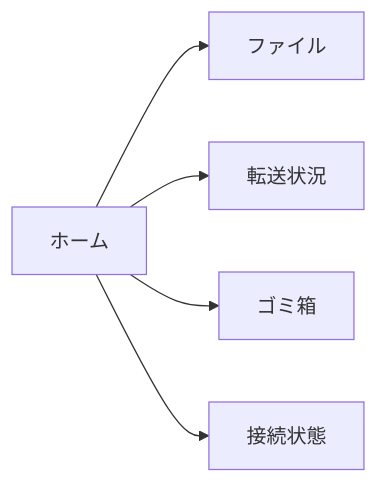
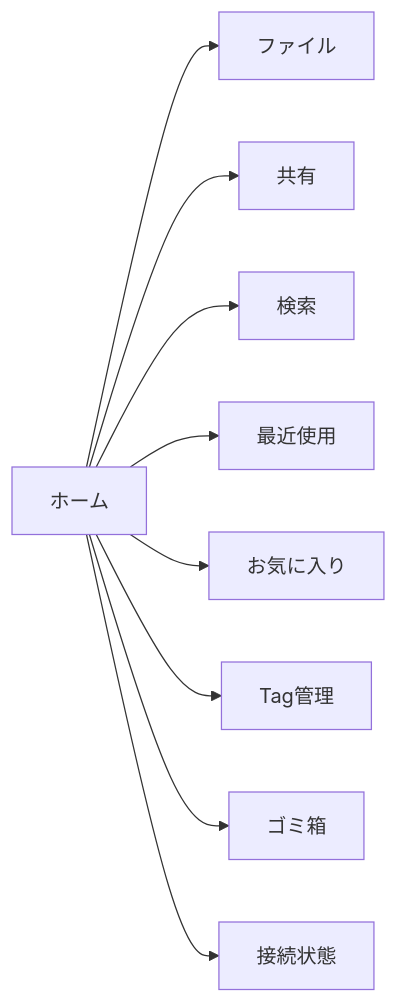
Diagram 22 of 24 in docs/functional-design.md (ry825/Kura_Storage), drawn with Mermaid before and after one commit. The commit also changed other lines of this file and 33 other files, not shown here.

Commit message:
feat(android): add favorites and tags experience

````diff
--- a/docs/functional-design.md
+++ b/docs/functional-design.md
@@ -2321,7 +2329,11 @@
 ```mermaid
 flowchart LR
     Home["ホーム"] --> Files["ファイル"]
-    Home --> Transfer["転送状況"]
+    Home --> Shared["共有"]
+    Home --> Search["検索"]
+    Home --> Recent["最近使用"]
+    Home --> Favorites["お気に入り"]
+    Home --> Tags["Tag管理"]
     Home --> Trash["ゴミ箱"]
     Home --> Connection["接続状態"]
 ```
````
